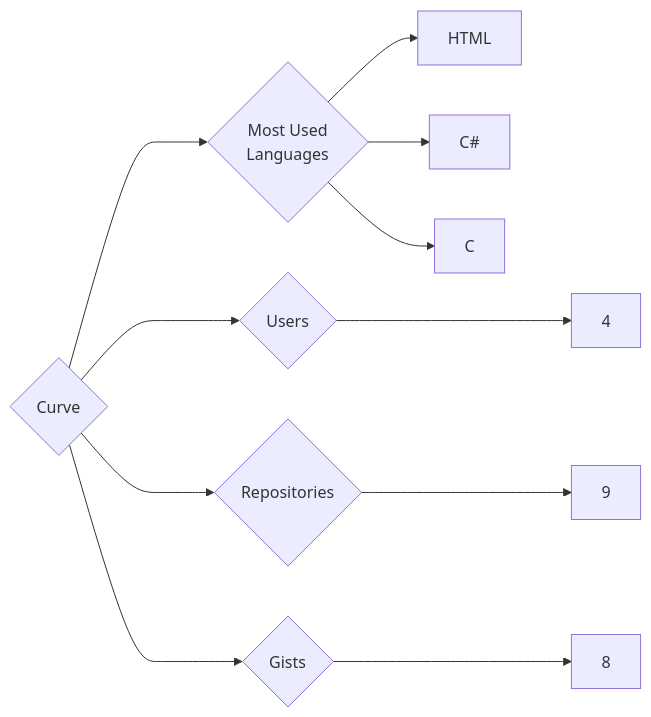
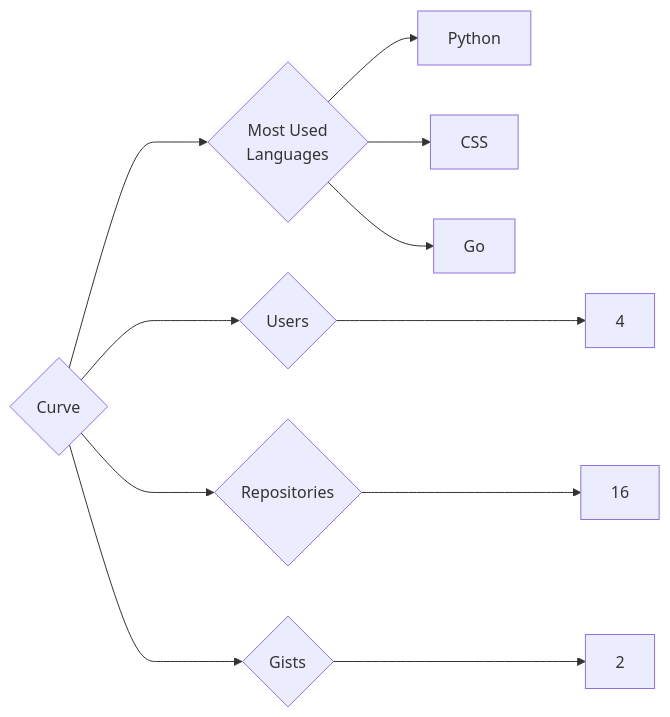
One commit to trickest/insiders changed the diagram in targets/Curve/README.md. Above: the diagram before and after it, drawn with Mermaid. The commit also changed 1003 other files, not shown here.

````diff
--- a/targets/Curve/README.md
+++ b/targets/Curve/README.md
@@ -3,11 +3,11 @@
 ```mermaid
 graph LR
 COMPANY_NAME{Curve}
 COMPANY_NAME ---> U{Users} ---> UN[4]
-COMPANY_NAME ---> R{Repositories} ---> RN[9]
-COMPANY_NAME ---> G{Gists} ---> GN[8]
+COMPANY_NAME ---> R{Repositories} ---> RN[16]
+COMPANY_NAME ---> G{Gists} ---> GN[2]
 COMPANY_NAME ---> ML{Most Used<br>Languages}
-ML --> HTML[HTML]
-ML --> C#[C#]
-ML --> C[C]
+ML --> Python[Python]
+ML --> CSS[CSS]
+ML --> Go[Go]
 ```
````
